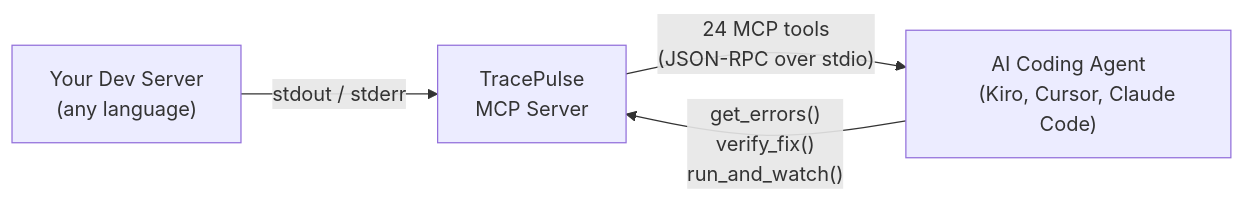
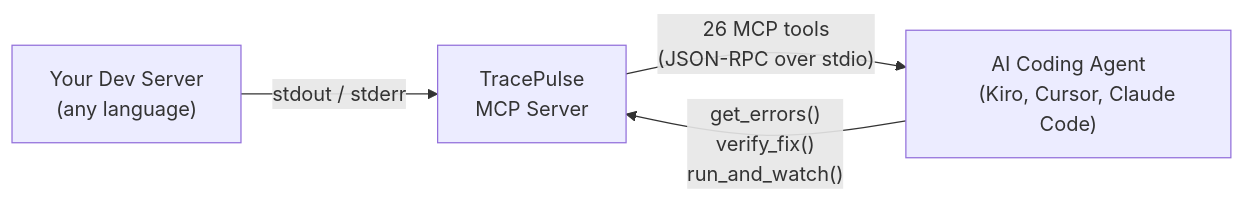
The first of 4 diagrams in gitbook/README.md (sourjya/tracepulse), drawn with Mermaid before and after one commit. The commit also changed other lines of this file and 15 other files, not shown here.

````diff
--- a/gitbook/README.md
+++ b/gitbook/README.md
@@ -14,16 +14,16 @@
 ```mermaid
 graph LR
     Dev["Your Dev Server
     (any language)"]
     TP["TracePulse
     MCP Server"]
     Agent["AI Coding Agent
     (Kiro, Cursor, Claude Code)"]
 
     Dev -->|stdout / stderr| TP
-    TP -->|"24 MCP tools
+    TP -->|"26 MCP tools
     (JSON-RPC over stdio)"| Agent
     Agent -->|"get_errors()
     verify_fix()
     run_and_watch()"| TP
 ```
````
